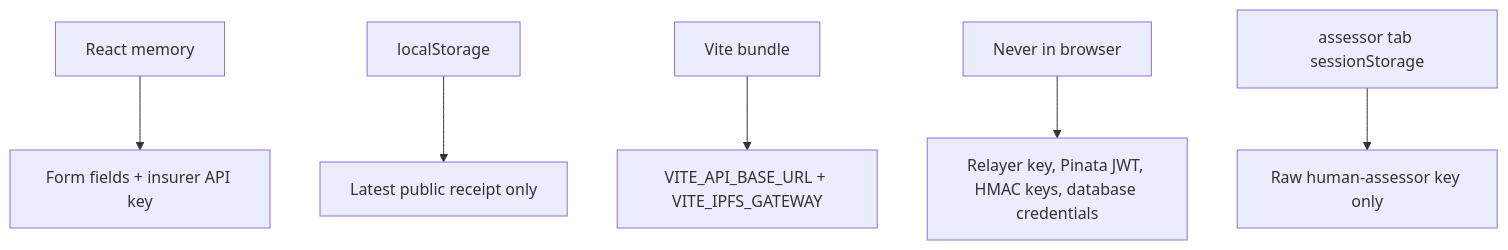
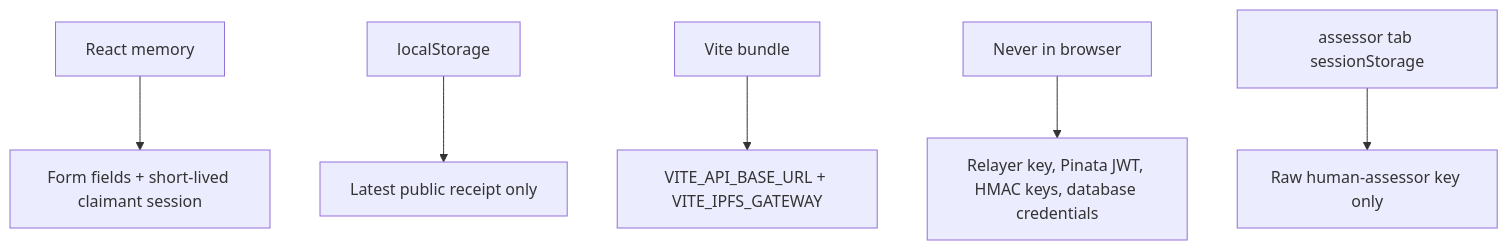
The second of 2 diagrams in apps/frontend/FRONTEND.md (ganesh1997oli/Decentralized-Claims-Registry), drawn with Mermaid before and after one commit. The commit also changed other lines of this file and 55 other files, not shown here.

````diff
--- a/apps/frontend/FRONTEND.md
+++ b/apps/frontend/FRONTEND.md
@@ -49,8 +51,8 @@
 ```mermaid
 flowchart TD
-    Memory["React memory"] --> A["Form fields + insurer API key"]
+    Memory["React memory"] --> A["Form fields + short-lived claimant session"]
     Storage["localStorage"] --> B["Latest public receipt only"]
     Bundle["Vite bundle"] --> C["VITE_API_BASE_URL + VITE_IPFS_GATEWAY"]
     Never["Never in browser"] --> D["Relayer key, Pinata JWT, HMAC keys, database credentials"]
     Session["assessor tab sessionStorage"] --> E["Raw human-assessor key only"]
 ```
````
